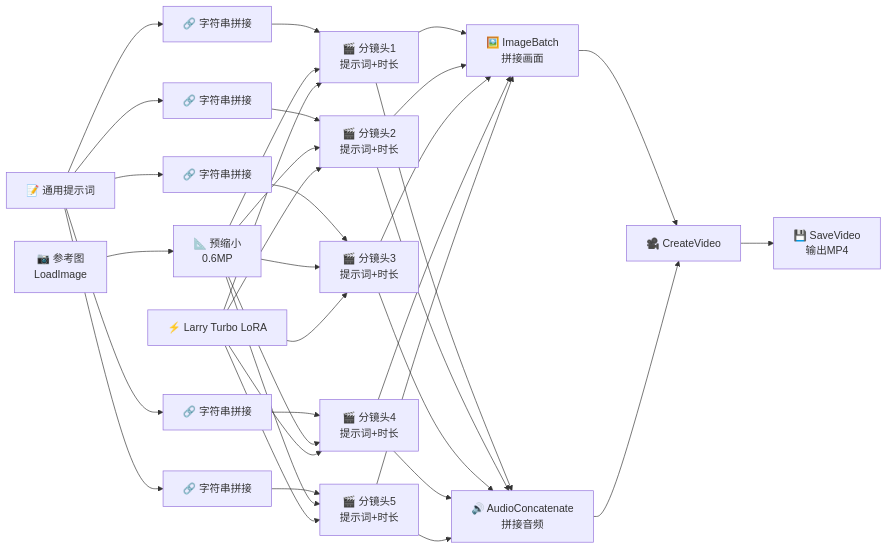
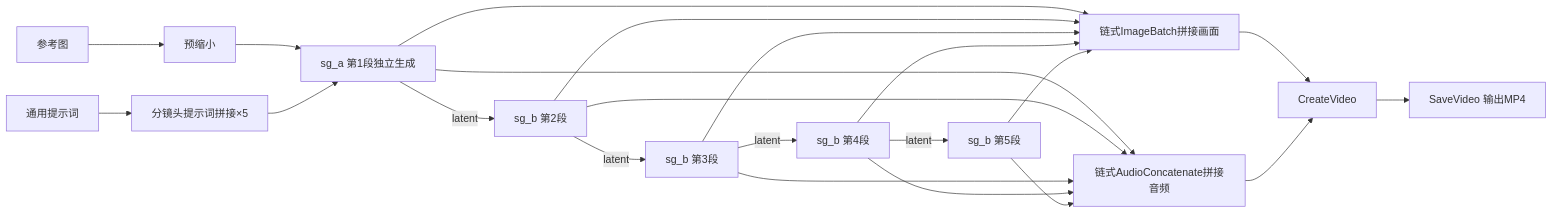
Before and after one commit to IronManVincent/comfyui-minimax-h3-r2v-longvideo: the diagram in README.md, drawn with Mermaid. The commit also changed other lines of this file and 6 other files, not shown here.

````diff
--- a/README.md
+++ b/README.md
@@ -269,37 +175,15 @@
 ```mermaid
 graph LR
-    A[📷 参考图<br/>LoadImage] --> B[📐 预缩小<br/>0.6MP]
-    C[📝 通用提示词] --> D1[🔗 字符串拼接]
-    C --> D2[🔗 字符串拼接]
-    C --> D3[🔗 字符串拼接]
-    C --> D4[🔗 字符串拼接]
-    C --> D5[🔗 字符串拼接]
-    D1 --> E1[🎬 分镜头1<br/>提示词+时长]
-    D2 --> E2[🎬 分镜头2<br/>提示词+时长]
-    D3 --> E3[🎬 分镜头3<br/>提示词+时长]
-    D4 --> E4[🎬 分镜头4<br/>提示词+时长]
-    D5 --> E5[🎬 分镜头5<br/>提示词+时长]
-    B --> E1
-    B --> E2
-    B --> E3
-    B --> E4
-    B --> E5
-    F[⚡ Larry Turbo LoRA] --> E1
-    F --> E2
-    F --> E3
-    F --> E4
-    F --> E5
-    E1 --> G[🖼️ ImageBatch<br/>拼接画面]
-    E2 --> G
-    E3 --> G
-    E4 --> G
-    E5 --> G
-    E1 --> H[🔊 AudioConcatenate<br/>拼接音频]
-    E2 --> H
-    E3 --> H
-    E4 --> H
-    E5 --> H
-    G --> I[🎥 CreateVideo]
-    H --> I
-    I --> J[💾 SaveVideo<br/>输出MP4]
+    A[参考图] --> B[预缩小]
+    C[通用提示词] --> D[分镜头提示词拼接×5]
+    B --> E1[sg_a 第1段独立生成]
+    D --> E1
+    E1 -->|latent| E2[sg_b 第2段]
+    E2 -->|latent| E3[sg_b 第3段]
+    E3 -->|latent| E4[sg_b 第4段]
+    E4 -->|latent| E5[sg_b 第5段]
+    E1 & E2 & E3 & E4 & E5 --> F[链式ImageBatch拼接画面]
+    E1 & E2 & E3 & E4 & E5 --> G[链式AudioConcatenate拼接音频]
+    F & G --> H[CreateVideo]
+    H --> I[SaveVideo 输出MP4]
 ```
````
